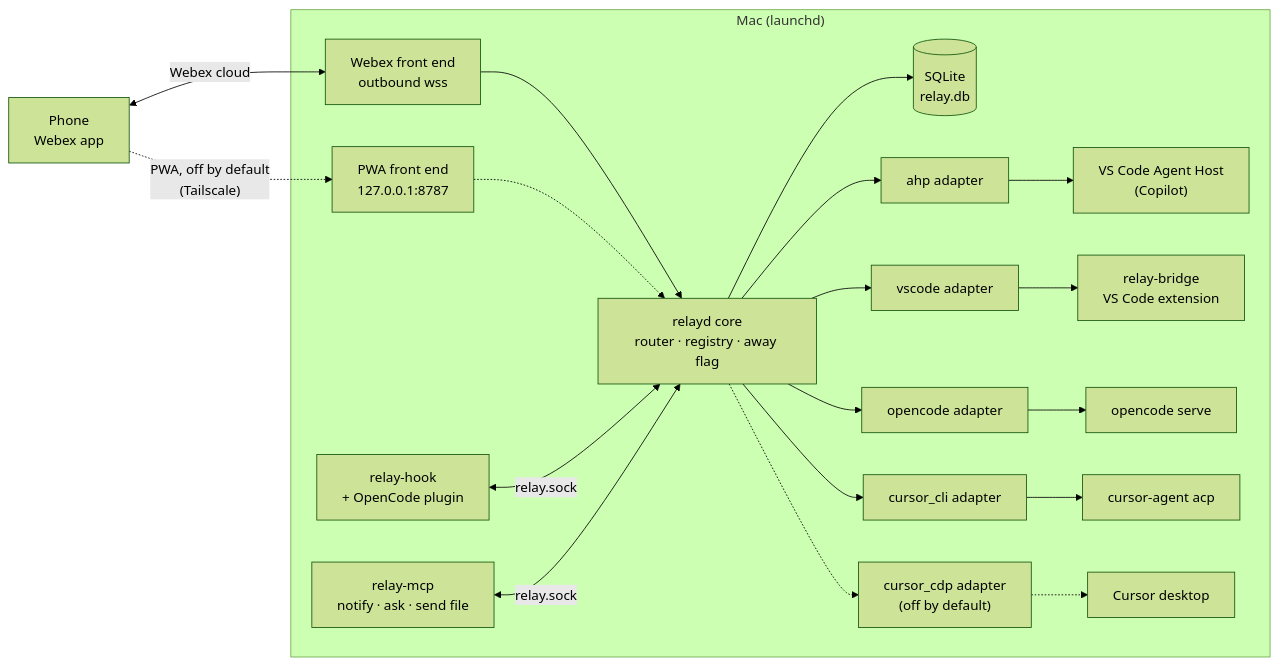
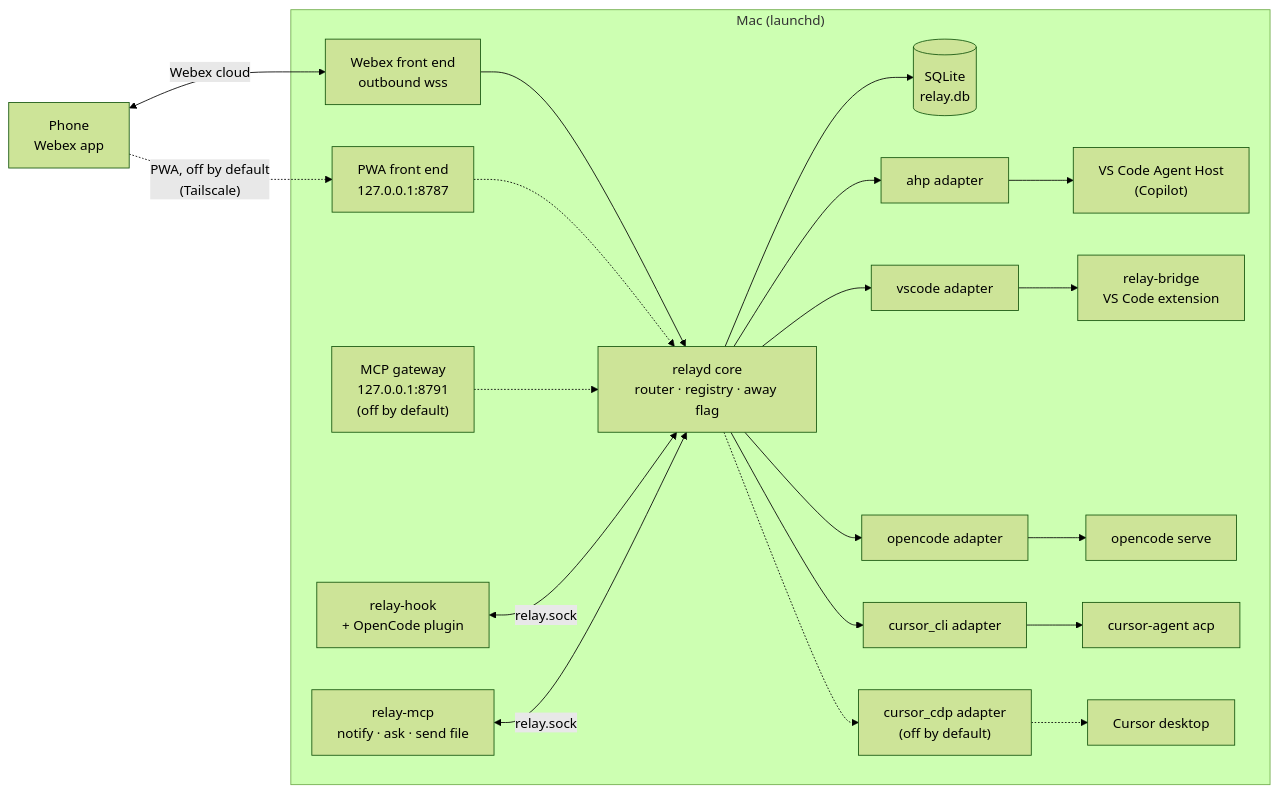
One commit to cyberquill/agent-relay changed the first of 5 diagrams in docs/architecture.md. Above: the diagram before and after it, drawn with Mermaid (forest theme). The commit also changed other lines of this file and 35 other files, not shown here.

First line of the commit message:
feat(gateway): sign in to remote MCP servers once through relayd and drive it from Webex

````diff
--- a/docs/architecture.md
+++ b/docs/architecture.md
@@ -8,17 +8,18 @@
 ```mermaid
 flowchart LR
   PH["Phone<br/>Webex app"] <-->|"Webex cloud"| WX
   PH -. "PWA, off by default<br/>(Tailscale)" .-> PWA
   subgraph MAC["Mac (launchd)"]
     WX["Webex front end<br/>outbound wss"] --> CORE["relayd core<br/>router · registry · away flag"]
     PWA["PWA front end<br/>127.0.0.1:8787"] -.-> CORE
+    GW["MCP gateway<br/>127.0.0.1:8791<br/>(off by default)"] -.-> CORE
     CORE --> DB[("SQLite<br/>relay.db")]
     CORE --> AHP["ahp adapter"] --> AH["VS Code Agent Host<br/>(Copilot)"]
     CORE --> VSB["vscode adapter"] --> RB["relay-bridge<br/>VS Code extension"]
     CORE --> OCA["opencode adapter"] --> OCS["opencode serve"]
     CORE --> CCL["cursor_cli adapter"] --> ACP["cursor-agent acp"]
     CORE -.-> CDP["cursor_cdp adapter<br/>(off by default)"] -.-> CUR["Cursor desktop"]
     HK["relay-hook<br/>+ OpenCode plugin"] <-->|"relay.sock"| CORE
     MCP["relay-mcp<br/>notify · ask · send file"] <-->|"relay.sock"| CORE
   end
 ```
````
